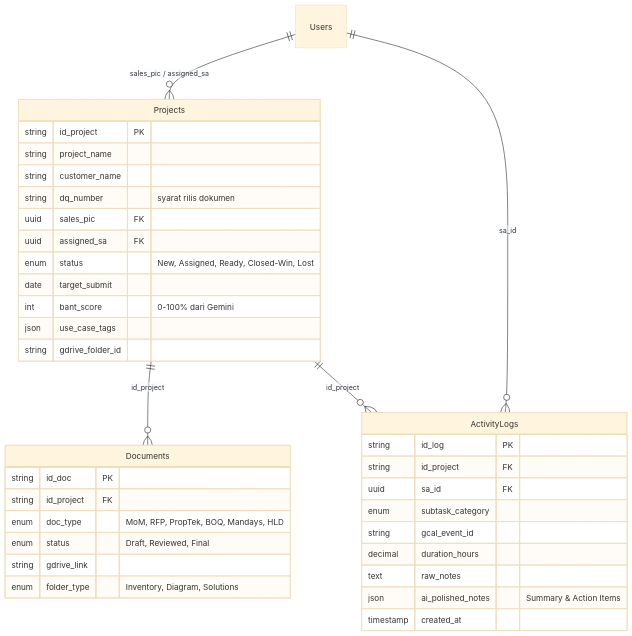
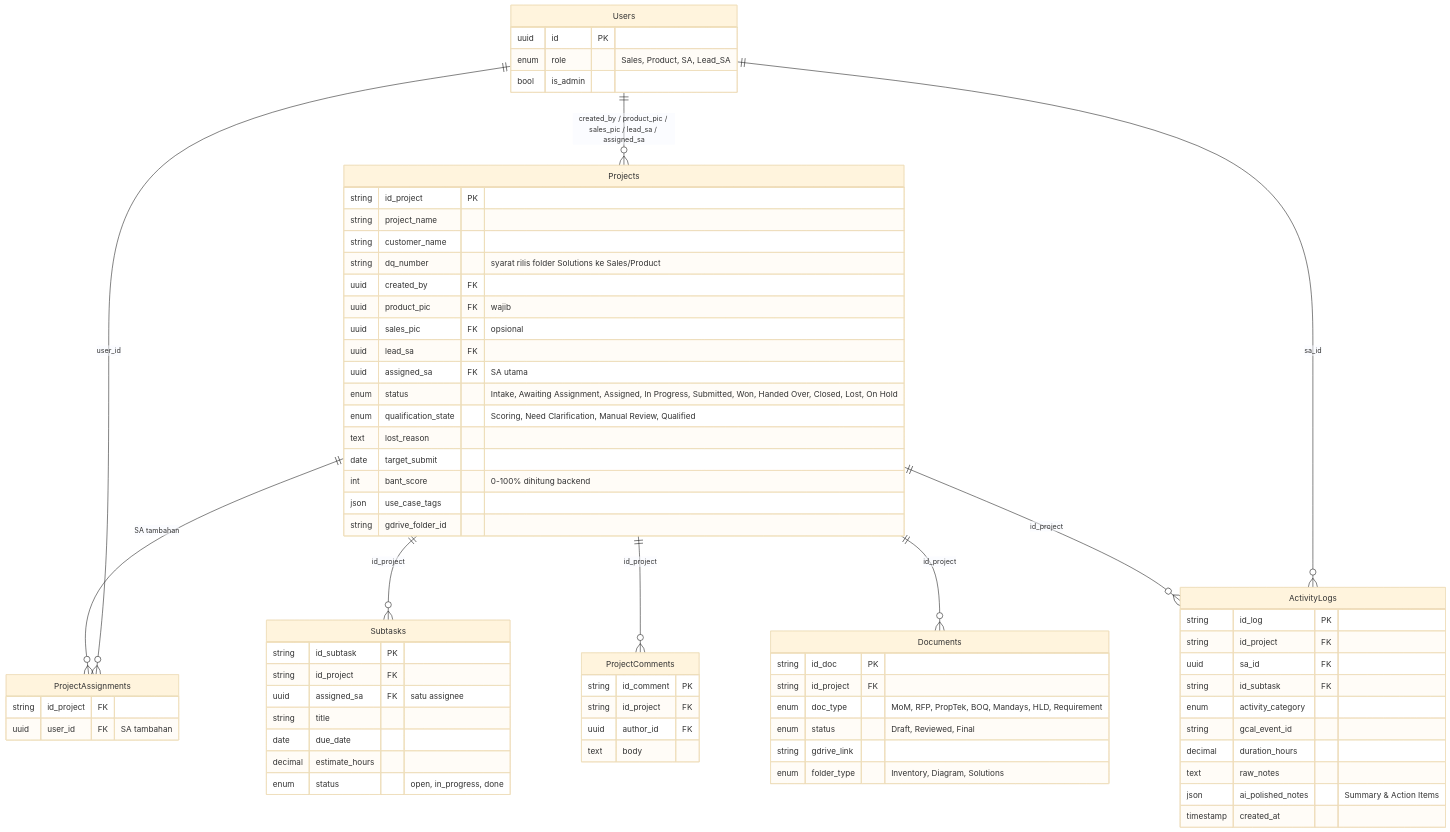
Before and after one commit to NikkiSatmaka/sa-apps: the second of 2 diagrams in SA Application/Alur_Bisnis_Portal_SA.md, drawn with Mermaid (base theme). The commit also changed other lines of this file and 10 other files, not shown here.

Commit message:
docs: koreksi arah produk menjadi tracker SA (role Product, is_admin, multi-SA, model status, matriks Drive)

````diff
--- a/SA Application/Alur_Bisnis_Portal_SA.md
+++ b/SA Application/Alur_Bisnis_Portal_SA.md
@@ -113,40 +116,74 @@
 ```mermaid
 erDiagram
-    Users ||--o{ Projects : "sales_pic / assigned_sa"
+    Users ||--o{ Projects : "created_by / product_pic / sales_pic / lead_sa / assigned_sa"
+    Projects ||--o{ ProjectAssignments : "SA tambahan"
+    Users ||--o{ ProjectAssignments : "user_id"
+    Projects ||--o{ Subtasks : "id_project"
+    Projects ||--o{ ProjectComments : "id_project"
     Projects ||--o{ Documents : "id_project"
     Projects ||--o{ ActivityLogs : "id_project"
     Users ||--o{ ActivityLogs : "sa_id"
 
+    Users {
+        uuid id PK
+        enum role "Sales, Product, SA, Lead_SA"
+        bool is_admin
+    }
     Projects {
         string id_project PK
         string project_name
         string customer_name
-        string dq_number "syarat rilis dokumen"
-        uuid sales_pic FK
-        uuid assigned_sa FK
-        enum status "New, Assigned, Ready, Closed-Win, Lost"
+        string dq_number "syarat rilis folder Solutions ke Sales/Product"
+        uuid created_by FK
+        uuid product_pic FK "wajib"
+        uuid sales_pic FK "opsional"
+        uuid lead_sa FK
+        uuid assigned_sa FK "SA utama"
+        enum status "Intake, Awaiting Assignment, Assigned, In Progress, Submitted, Won, Handed Over, Closed, Lost, On Hold"
+        enum qualification_state "Scoring, Need Clarification, Manual Review, Qualified"
+        text lost_reason
         date target_submit
-        int bant_score "0-100% dari Gemini"
+        int bant_score "0-100% dihitung backend"
         json use_case_tags
         string gdrive_folder_id
+    }
+    ProjectAssignments {
+        string id_project FK
+        uuid user_id FK "SA tambahan"
+    }
+    Subtasks {
+        string id_subtask PK
+        string id_project FK
+        uuid assigned_sa FK "satu assignee"
+        string title
+        date due_date
+        decimal estimate_hours
+        enum status "open, in_progress, done"
+    }
+    ProjectComments {
+        string id_comment PK
+        string id_project FK
+        uuid author_id FK
+        text body
     }
     Documents {
         string id_doc PK
         string id_project FK
-        enum doc_type "MoM, RFP, PropTek, BOQ, Mandays, HLD"
+        enum doc_type "MoM, RFP, PropTek, BOQ, Mandays, HLD, Requirement"
         enum status "Draft, Reviewed, Final"
         string gdrive_link
         enum folder_type "Inventory, Diagram, Solutions"
     }
     ActivityLogs {
         string id_log PK
         string id_project FK
         uuid sa_id FK
-        enum subtask_category
+        string id_subtask FK
+        enum activity_category
         string gcal_event_id
         decimal duration_hours
         text raw_notes
         json ai_polished_notes "Summary & Action Items"
         timestamp created_at
     }
 ```
````
